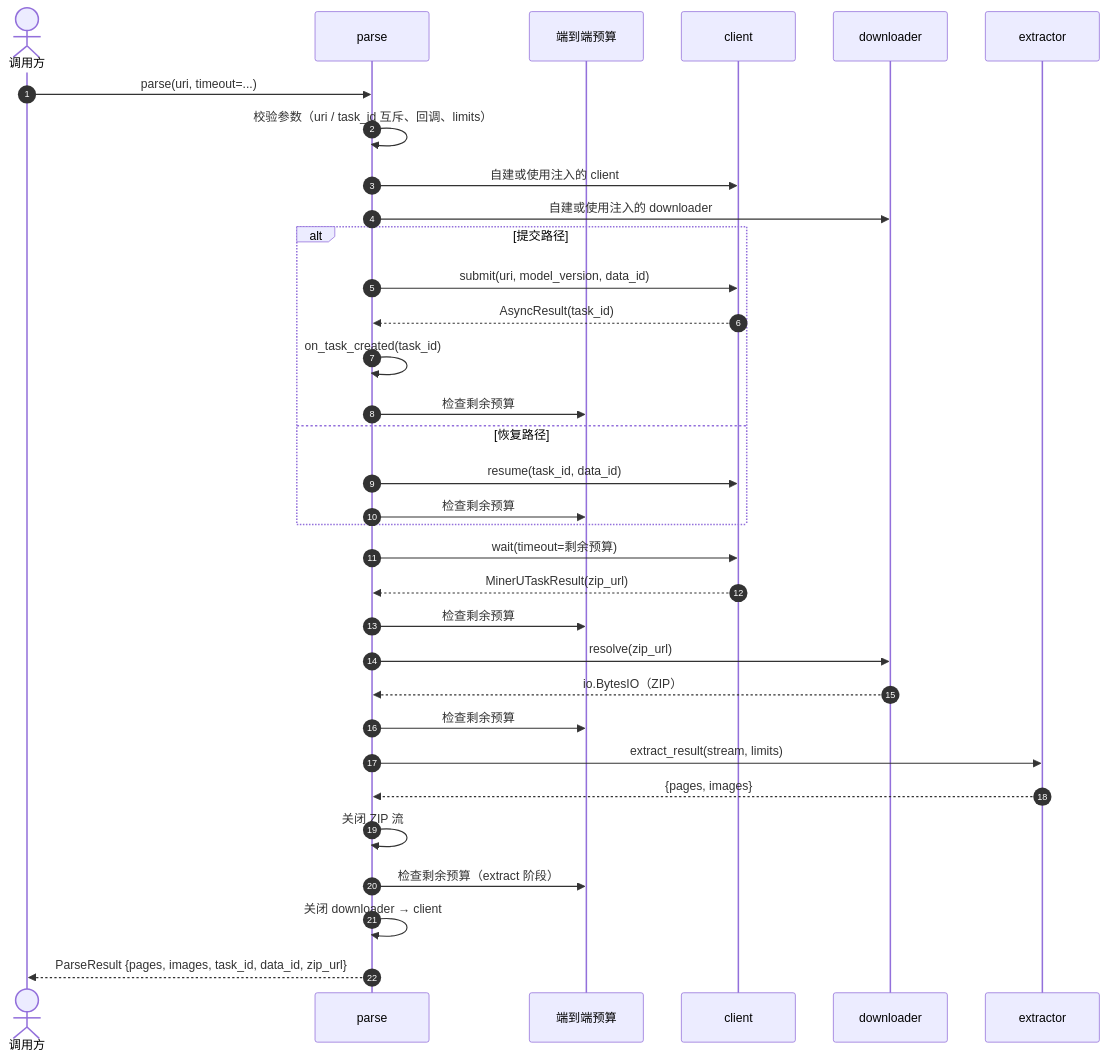
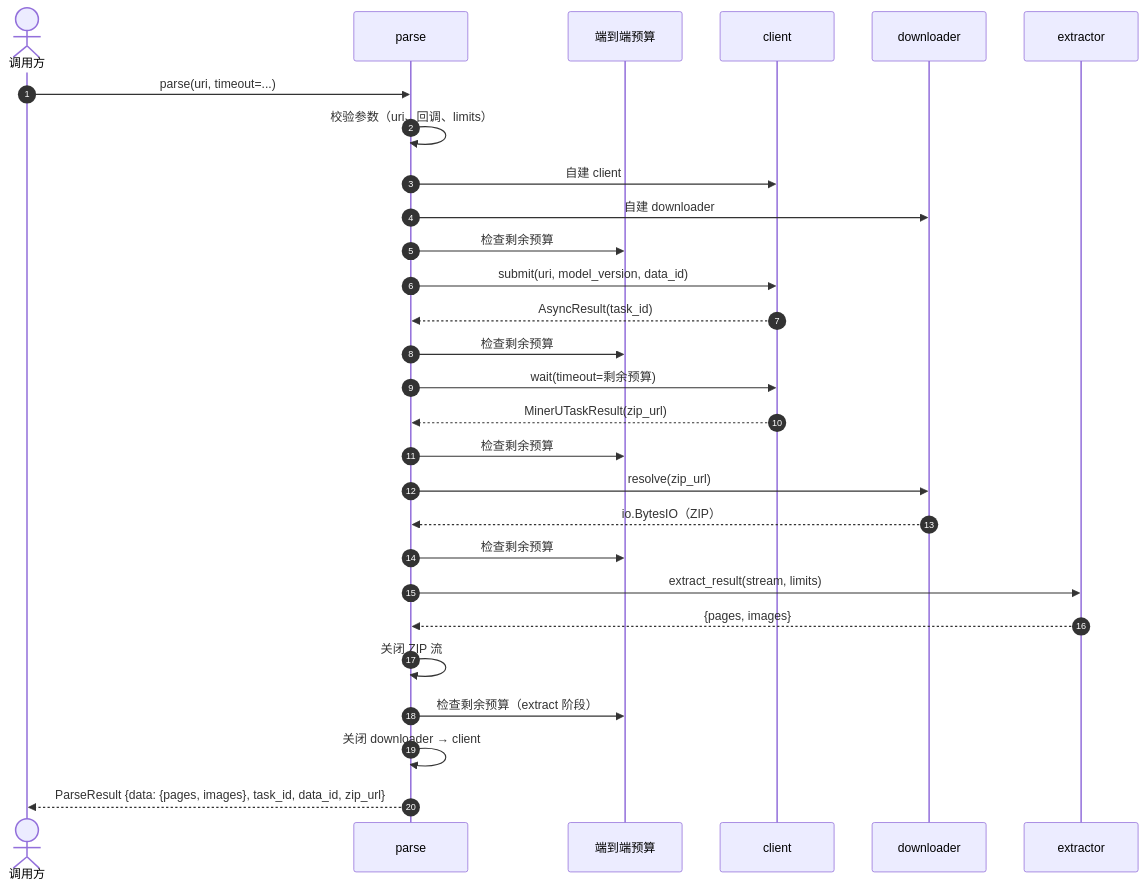
Before and after one commit to dream-365/mineru-parser: the third of 3 diagrams in docs/specs/SPEC-004-pipeline.md, drawn with Mermaid. The commit also changed other lines of this file and 1 other file, not shown here.

````diff
--- a/docs/specs/SPEC-004-pipeline.md
+++ b/docs/specs/SPEC-004-pipeline.md
@@ -393,41 +388,36 @@
 ```mermaid
 sequenceDiagram
     autonumber
     actor Caller as 调用方
     participant P as parse
     participant B as 端到端预算
     participant C as client
     participant D as downloader
     participant E as extractor
 
     Caller->>P: parse(uri, timeout=...)
-    P->>P: 校验参数（uri / task_id 互斥、回调、limits）
-    P->>C: 自建或使用注入的 client
-    P->>D: 自建或使用注入的 downloader
+    P->>P: 校验参数（uri、回调、limits）
+    P->>C: 自建 client
+    P->>D: 自建 downloader
 
-    alt 提交路径
-        P->>C: submit(uri, model_version, data_id)
-        C-->>P: AsyncResult(task_id)
-        P->>P: on_task_created(task_id)
-        P->>B: 检查剩余预算
-    else 恢复路径
-        P->>C: resume(task_id, data_id)
-        P->>B: 检查剩余预算
-    end
+    P->>B: 检查剩余预算
+    P->>C: submit(uri, model_version, data_id)
+    C-->>P: AsyncResult(task_id)
+    P->>B: 检查剩余预算
 
     P->>C: wait(timeout=剩余预算)
     C-->>P: MinerUTaskResult(zip_url)
 
     P->>B: 检查剩余预算
     P->>D: resolve(zip_url)
     D-->>P: io.BytesIO（ZIP）
     P->>B: 检查剩余预算
 
     P->>E: extract_result(stream, limits)
     E-->>P: {pages, images}
     P->>P: 关闭 ZIP 流
     P->>B: 检查剩余预算（extract 阶段）
 
     P->>P: 关闭 downloader → client
-    P-->>Caller: ParseResult {pages, images, task_id, data_id, zip_url}
+    P-->>Caller: ParseResult {data: {pages, images}, task_id, data_id, zip_url}
 ```
````
